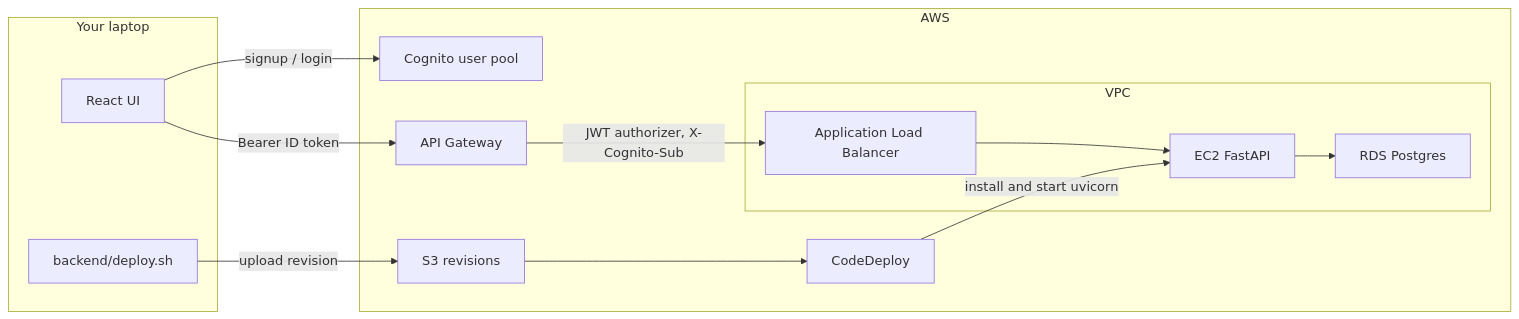
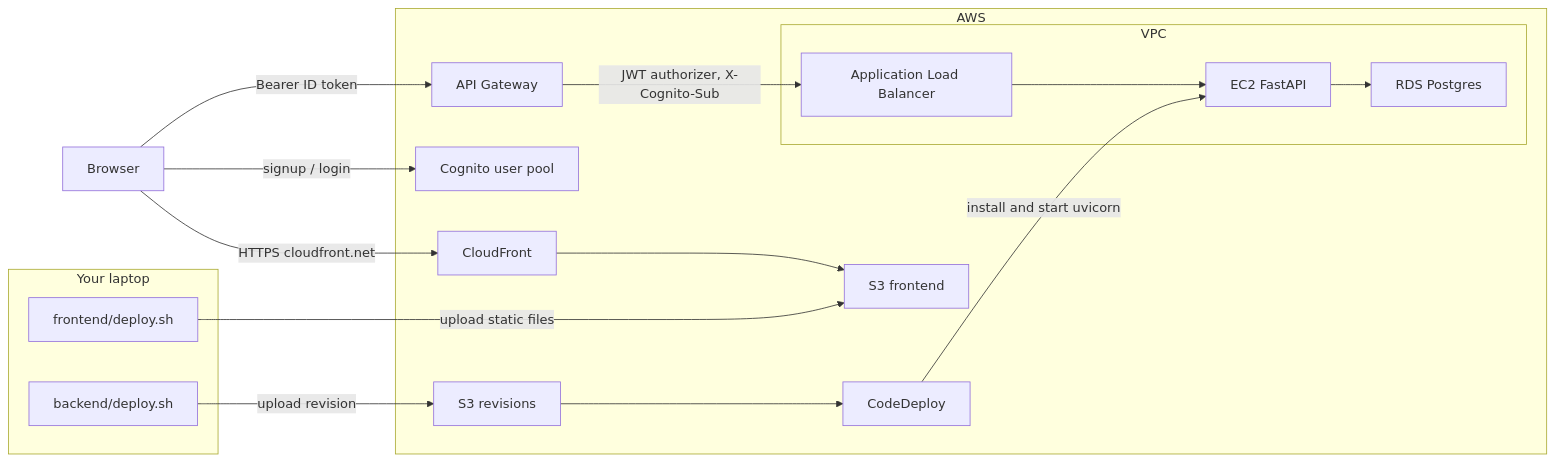
The first of 2 diagrams in README.md (kinkongchan/user-management), drawn with Mermaid before and after one commit. The commit also changed other lines of this file and 6 other files, not shown here.

````diff
--- a/README.md
+++ b/README.md
@@ -7,28 +5,33 @@
 ```mermaid
 flowchart LR
   subgraph laptop [Your laptop]
-    React[React UI]
-    Deploy["backend/deploy.sh"]
+    DeployBackend["backend/deploy.sh"]
+    DeployFrontend["frontend/deploy.sh"]
   end
 
   subgraph aws [AWS]
+    CF[CloudFront]
+    S3Web[S3 frontend]
     Cognito[Cognito user pool]
     APIGW[API Gateway]
     CodeDeploy[CodeDeploy]
     S3[S3 revisions]
     subgraph vpc [VPC]
       ALB[Application Load Balancer]
       EC2[EC2 FastAPI]
       RDS[RDS Postgres]
     end
   end
 
-  React -->|"signup / login"| Cognito
-  React -->|Bearer ID token| APIGW
+  Browser[Browser] -->|HTTPS cloudfront.net| CF
+  CF --> S3Web
+  Browser -->|"signup / login"| Cognito
+  Browser -->|Bearer ID token| APIGW
   APIGW -->|"JWT authorizer, X-Cognito-Sub"| ALB
   ALB --> EC2
   EC2 --> RDS
-  Deploy -->|upload revision| S3
+  DeployFrontend -->|upload static files| S3Web
+  DeployBackend -->|upload revision| S3
   S3 --> CodeDeploy
   CodeDeploy -->|install and start uvicorn| EC2
 ```
````
